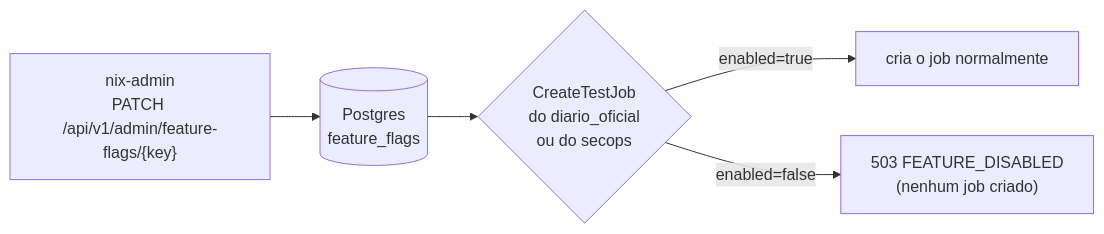
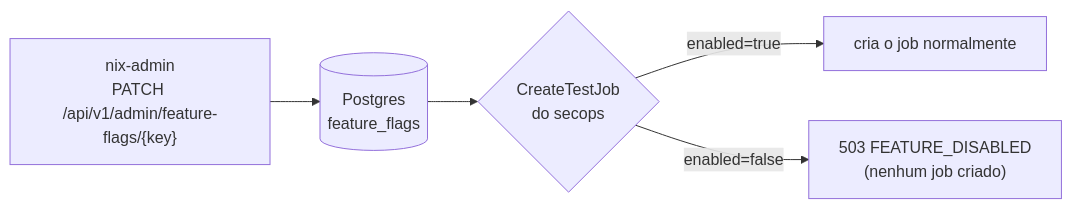
Before and after one commit to yurythx/Projeto-Aurora: the third of 4 diagrams in docs/adr/002-enterprise-resilience-and-governance.md, drawn with Mermaid. The commit also changed other lines of this file and 39 other files, not shown here.

````diff
--- a/docs/adr/002-enterprise-resilience-and-governance.md
+++ b/docs/adr/002-enterprise-resilience-and-governance.md
@@ -183,7 +183,7 @@
 ```mermaid
 flowchart LR
     A["nix-admin\nPATCH /api/v1/admin/feature-flags/{key}"] --> B[(Postgres\nfeature_flags)]
-    B --> C{"CreateTestJob\ndo diario_oficial\nou do secops"}
+    B --> C{"CreateTestJob\ndo secops"}
     C -->|enabled=true| D[cria o job normalmente]
     C -->|enabled=false| E["503 FEATURE_DISABLED\n(nenhum job criado)"]
 ```
````
